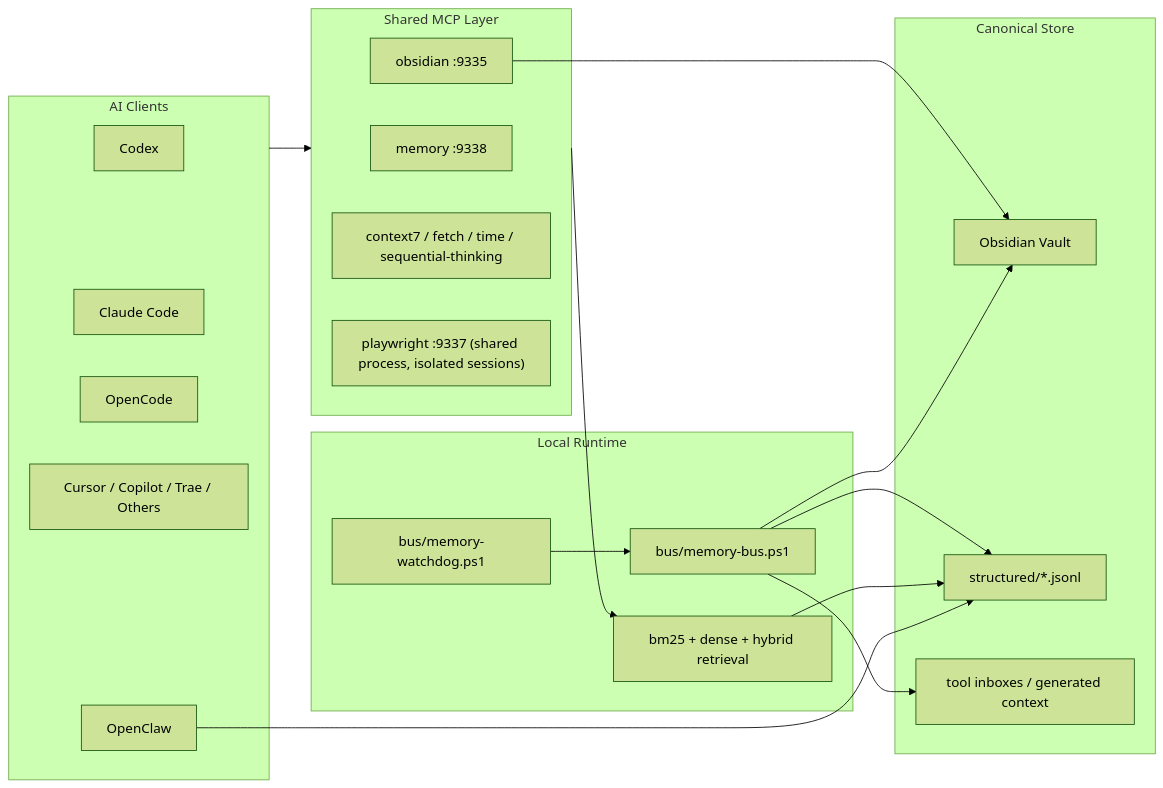
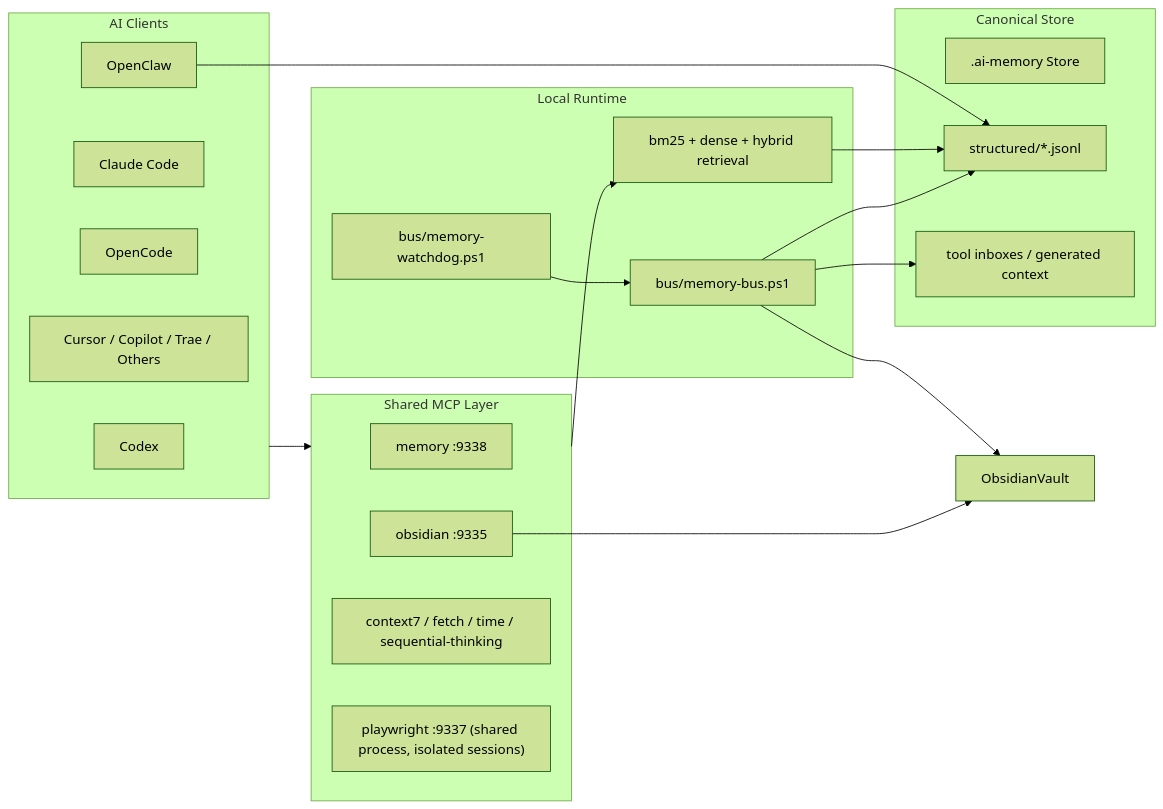
Before and after one commit to passionworkeer/obsidian-shared-memory-bus: the diagram in README.md, drawn with Mermaid (forest theme). The commit also changed other lines of this file and 19 other files, not shown here.

First line of the commit message:
docs: remove Obsidian vault dependency from all documentation

````diff
--- a/README.md
+++ b/README.md
@@ -194,40 +193,40 @@
 ```mermaid
 flowchart LR
     subgraph Clients["AI Clients"]
         Codex["Codex"]
         Claude["Claude Code"]
         OpenCode["OpenCode"]
         Others["Cursor / Copilot / Trae / Others"]
         OpenClaw["OpenClaw"]
     end
 
     subgraph Shared["Shared MCP Layer"]
         Memory["memory :9338"]
         Obsidian["obsidian :9335"]
         Utils["context7 / fetch / time / sequential-thinking"]
         Playwright["playwright :9337 (shared process, isolated sessions)"]
     end
 
     subgraph Runtime["Local Runtime"]
         Watchdog["bus/memory-watchdog.ps1"]
         Bus["bus/memory-bus.ps1"]
         Search["bm25 + dense + hybrid retrieval"]
     end
 
     subgraph Vault["Canonical Store"]
-        ObsidianVault["Obsidian Vault"]
+        AiMemory[".ai-memory Store"]
         Structured["structured/*.jsonl"]
         Inbox["tool inboxes / generated context"]
     end
 
     Clients --> Shared
     Shared --> Search
     Runtime --> Search
     Watchdog --> Bus
     Bus --> Structured
     Bus --> Inbox
     Search --> Structured
     Obsidian --> ObsidianVault
     Bus --> ObsidianVault
     OpenClaw --> Structured
 ```
````
